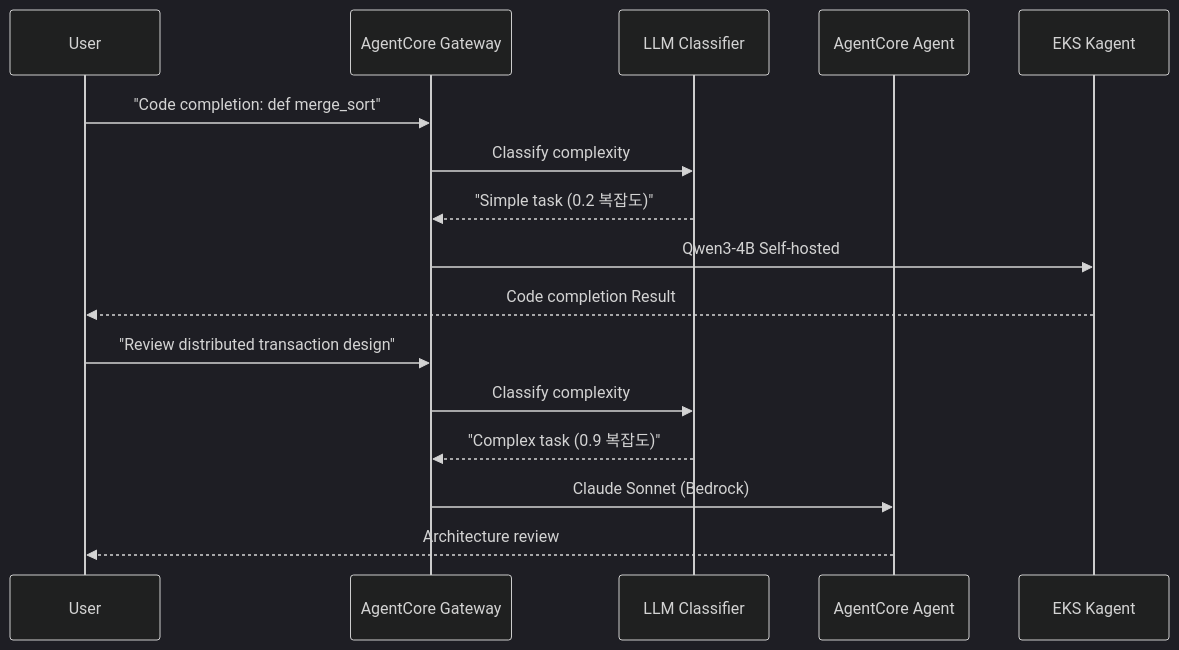
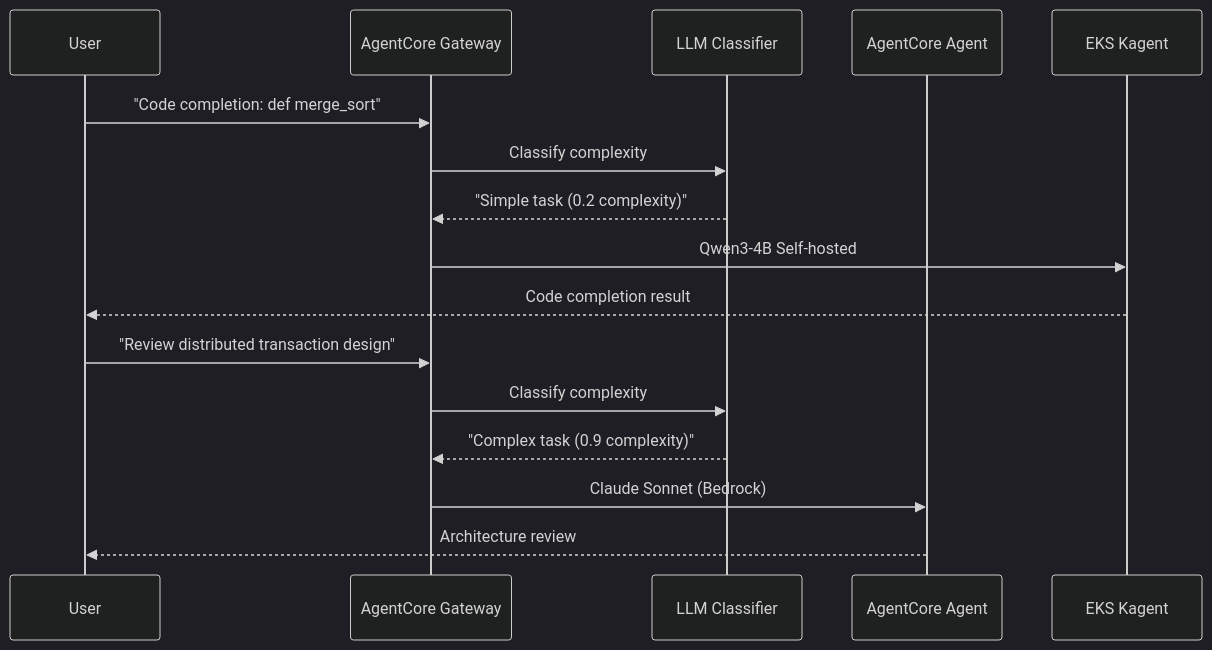
Before and after one commit to devfloor9/engineering-playbook: the fourth of 11 diagrams in i18n/en/docusaurus-plugin-content-docs/current/agentic-ai-platform/design-architecture/platform-selection/agentcore-hybrid-strategy.md, drawn with Mermaid (dark theme). The commit also changed other lines of this file and 72 other files, not shown here.

````diff
--- a/i18n/en/docusaurus-plugin-content-docs/current/agentic-ai-platform/design-architecture/platform-selection/agentcore-hybrid-strategy.md
+++ b/i18n/en/docusaurus-plugin-content-docs/current/agentic-ai-platform/design-architecture/platform-selection/agentcore-hybrid-strategy.md
@@ -304,20 +310,20 @@
 ```mermaid
 sequenceDiagram
     participant User
     participant AC_GW as AgentCore Gateway
     participant Classifier as LLM Classifier
     participant AC_Agent as AgentCore Agent
     participant EKS_Agent as EKS Kagent
     
     User->>AC_GW: "Code completion: def merge_sort"
     AC_GW->>Classifier: Classify complexity
-    Classifier-->>AC_GW: "Simple task (0.2 복잡도)"
+    Classifier-->>AC_GW: "Simple task (0.2 complexity)"
     AC_GW->>EKS_Agent: Qwen3-4B Self-hosted
-    EKS_Agent-->>User: Code completion Result
+    EKS_Agent-->>User: Code completion result
     
     User->>AC_GW: "Review distributed transaction design"
     AC_GW->>Classifier: Classify complexity
-    Classifier-->>AC_GW: "Complex task (0.9 복잡도)"
+    Classifier-->>AC_GW: "Complex task (0.9 complexity)"
     AC_GW->>AC_Agent: Claude Sonnet (Bedrock)
     AC_Agent-->>User: Architecture review
 ```
````
